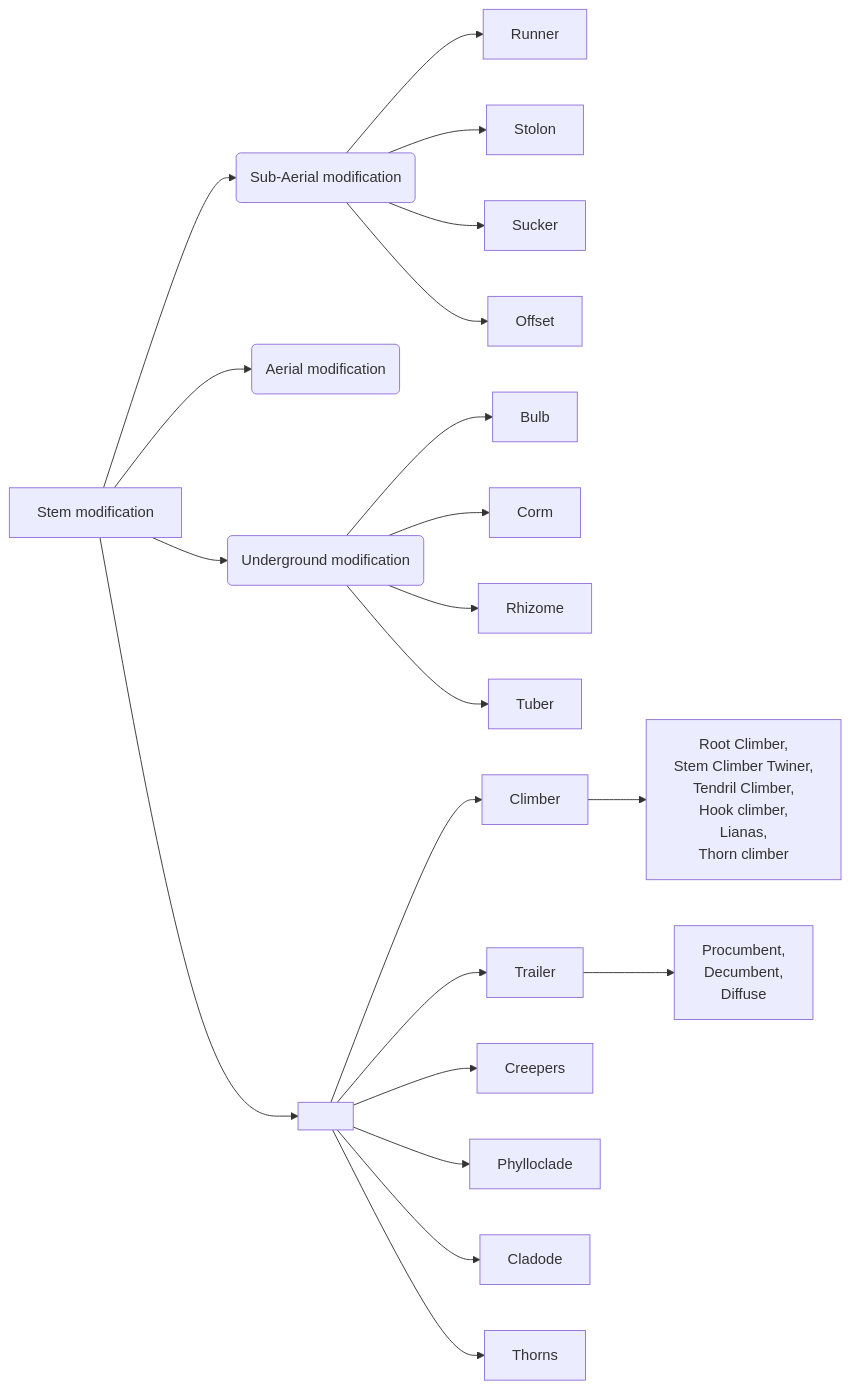
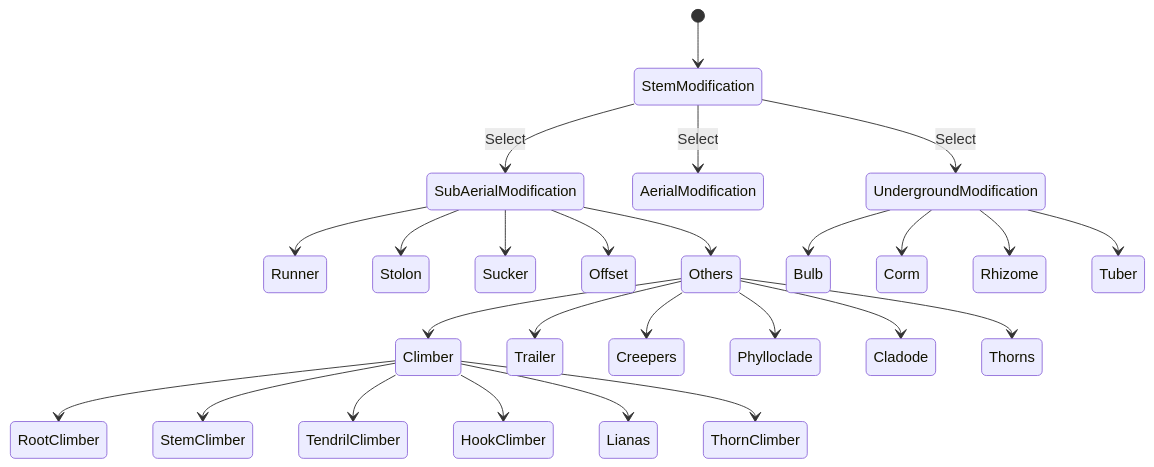
The diagram in content.en/vegetative-morphology/shoot-system.md (tnebooks/11th-botany), drawn with Mermaid before and after one commit.

Commit message:
added state diagram code for flowchart

````diff
--- a/content.en/vegetative-morphology/shoot-system.md
+++ b/content.en/vegetative-morphology/shoot-system.md
@@ -134,37 +134,34 @@
-```mermaid
-graph LR
-  A[Stem modification]
-  A --> B1(Sub-Aerial modification)
-  A --> B2(Aerial modification)
-  A -->B3(Underground modification)
-  C1[Runner]
-  C13 --> B4[Procumbent,
-  Decumbent,
-  Diffuse]
-  C2[Stolon] 
-  C3[Sucker] 
-  C4[Offset] 
-  B1 --> C1 
-  B1 --> C2 
-  B1 --> C3 
-  B1 --> C4 
-  A --> C15[ ]
-  C15 --> C5[Climber] 
-  C15 --> C13[Trailer]
-  C15 --> C14[Creepers]
-  C15 --> C6[Phylloclade] 
-  C15 --> C7[Cladode] 
-  C15 --> C8[Thorns] 
-  B3 --> C9[Bulb] 
-  B3 --> C10[Corm] 
-  B3 --> C11[Rhizome] 
-  B3 --> C12[Tuber] 
-  C5 --> D4[Root Climber,
-  Stem Climber Twiner,
-  Tendril Climber,
-  Hook climber,
-  Lianas,
-  Thorn climber] 
-
-
-```
+{{< mermaid >}}
+stateDiagram-v2
+    [*] --> StemModification
+    StemModification --> SubAerialModification : Select
+    StemModification --> AerialModification : Select
+    StemModification --> UndergroundModification : Select
+    
+    SubAerialModification --> Runner
+    SubAerialModification --> Stolon
+    SubAerialModification --> Sucker
+    SubAerialModification --> Offset
+    
+    UndergroundModification --> Bulb
+    UndergroundModification --> Corm
+    UndergroundModification --> Rhizome
+    UndergroundModification --> Tuber
+    
+    SubAerialModification --> Others
+    
+    Others --> Climber
+    Others --> Trailer
+    Others --> Creepers
+    Others --> Phylloclade
+    Others --> Cladode
+    Others --> Thorns
+    
+    Climber --> RootClimber
+    Climber --> StemClimber
+    Climber --> TendrilClimber
+    Climber --> HookClimber
+    Climber --> Lianas
+    Climber --> ThornClimber
+  
+{{< /mermaid >}}
````
